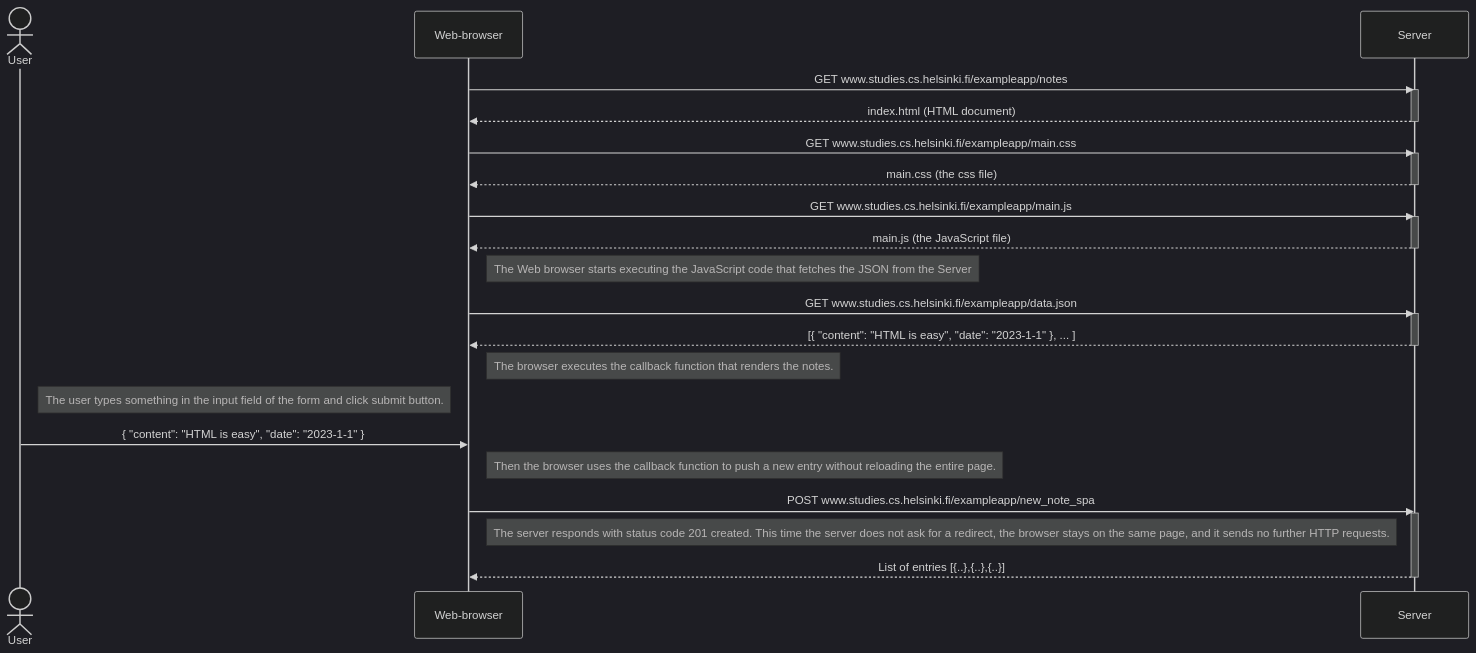
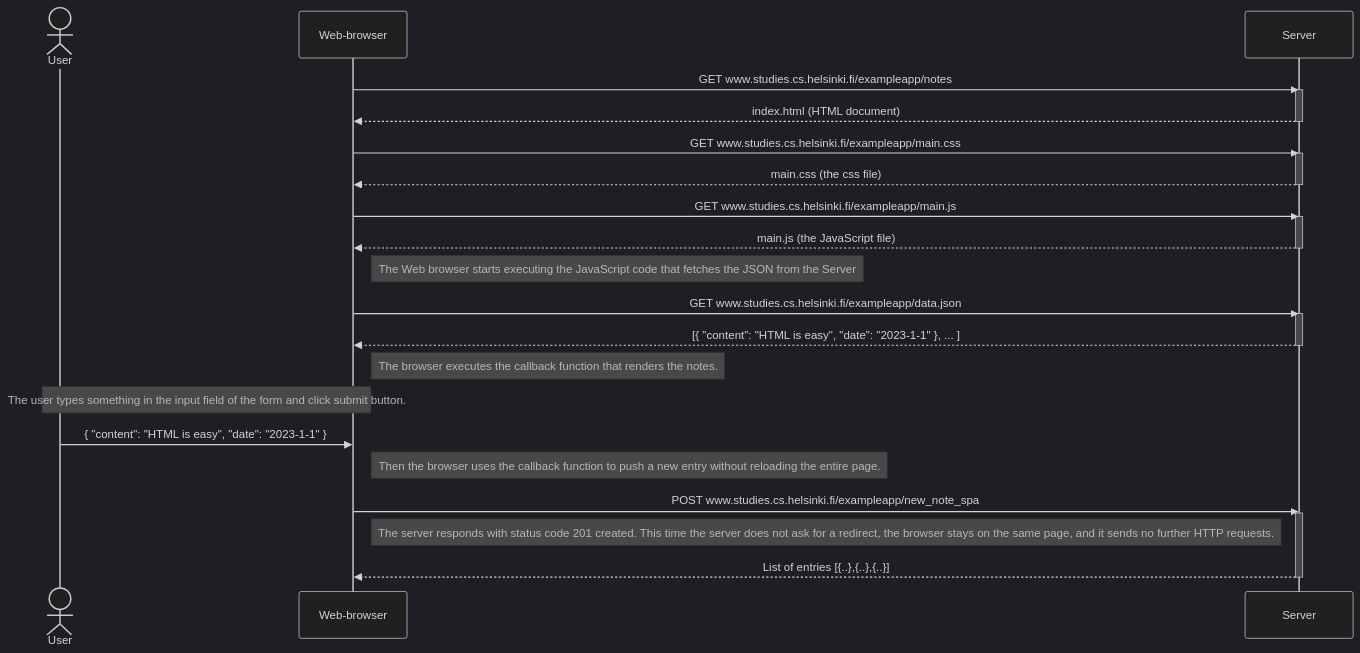
The diagram in Part0/0.5.MD (lonchanick/fullstackopen), drawn with Mermaid (dark theme) before and after one commit.

````diff
--- a/Part0/0.5.MD
+++ b/Part0/0.5.MD
@@ -1,43 +1,43 @@
 ```mermaid
 sequenceDiagram
 actor User
 participant Web-browser
 participant Server
 
 Web-browser->>Server: GET www.studies.cs.helsinki.fi/exampleapp/notes
 activate Server
 Server-->>Web-browser: index.html (HTML document)
 deactivate Server
 
 Web-browser->>Server: GET www.studies.cs.helsinki.fi/exampleapp/main.css
 activate Server
 Server-->>Web-browser: main.css (the css file)
 deactivate Server
 
 Web-browser->>Server: GET www.studies.cs.helsinki.fi/exampleapp/main.js
 activate Server
 Server-->>Web-browser: main.js (the JavaScript file)
 deactivate Server
 
 Note right of Web-browser: The Web browser starts executing the JavaScript code that fetches the JSON from the Server
 
 Web-browser->>Server: GET www.studies.cs.helsinki.fi/exampleapp/data.json
 activate Server
 Server-->>Web-browser: [{ "content": "HTML is easy", "date": "2023-1-1" }, ... ]
 deactivate Server
 
 Note right of Web-browser: The browser executes the callback function that renders the notes.
 
-Note right of User: The user types something in the input  field of the form and click submit button.
+Note over User,Web-browser: The user types something in the input  field of the form and click submit button.
 User->>Web-browser:  { "content": "HTML is easy", "date": "2023-1-1" }
 
 Note right of Web-browser: Then the browser uses the callback function to push a new entry without reloading the entire page.
 
 Web-browser->>Server: POST www.studies.cs.helsinki.fi/exampleapp/new_note_spa 
 activate Server
 
 Note right of Web-browser: The server responds with status code 201 created. This time the server does not ask for a redirect, the browser stays on the same page, and it sends no further HTTP requests.
 
 Server-->>Web-browser: List of entries [{..},{..},{..}]
 deactivate Server
 ```
````
